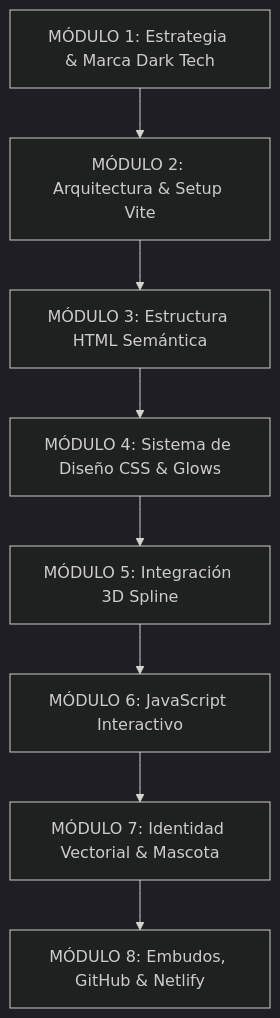
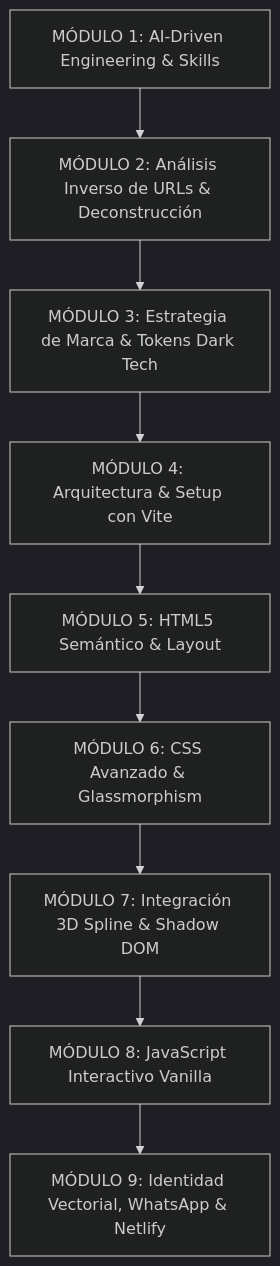
Before and after one commit to integracionesacs-a11y/web-aidan-solutions: the diagram in curso/ESTRUCTURA_DEL_CURSO.md, drawn with Mermaid (dark theme). The commit also changed other lines of this file and 2 other files, not shown here.

Commit message:
docs: Actualizar curso con modulo de inyeccion de skills y analisis inverso de URLs

````diff
--- a/curso/ESTRUCTURA_DEL_CURSO.md
+++ b/curso/ESTRUCTURA_DEL_CURSO.md
@@ -17,10 +17,11 @@
 ```mermaid
 graph TD
-    A[MÓDULO 1: Estrategia & Marca Dark Tech] --> B[MÓDULO 2: Arquitectura & Setup Vite]
-    B --> C[MÓDULO 3: Estructura HTML Semántica]
-    C --> D[MÓDULO 4: Sistema de Diseño CSS & Glows]
-    D --> E[MÓDULO 5: Integración 3D Spline]
-    E --> F[MÓDULO 6: JavaScript Interactivo]
-    F --> G[MÓDULO 7: Identidad Vectorial & Mascota]
-    G --> H[MÓDULO 8: Embudos, GitHub & Netlify]
+    A[MÓDULO 1: AI-Driven Engineering & Skills] --> B[MÓDULO 2: Análisis Inverso de URLs & Deconstrucción]
+    B --> C[MÓDULO 3: Estrategia de Marca & Tokens Dark Tech]
+    C --> D[MÓDULO 4: Arquitectura & Setup con Vite]
+    D --> E[MÓDULO 5: HTML5 Semántico & Layout]
+    E --> F[MÓDULO 6: CSS Avanzado & Glassmorphism]
+    F --> G[MÓDULO 7: Integración 3D Spline & Shadow DOM]
+    G --> H[MÓDULO 8: JavaScript Interactivo Vanilla]
+    H --> I[MÓDULO 9: Identidad Vectorial, WhatsApp & Netlify]
 ```
````
